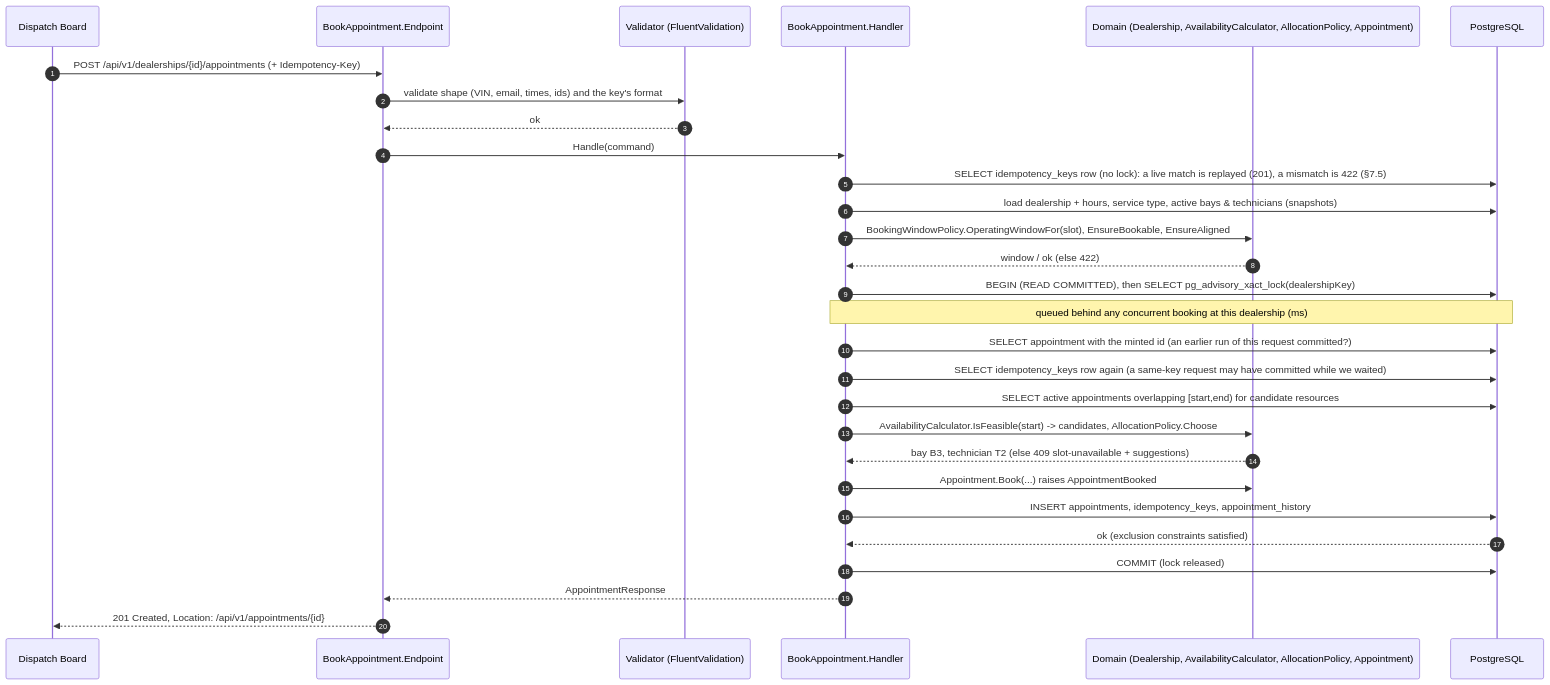
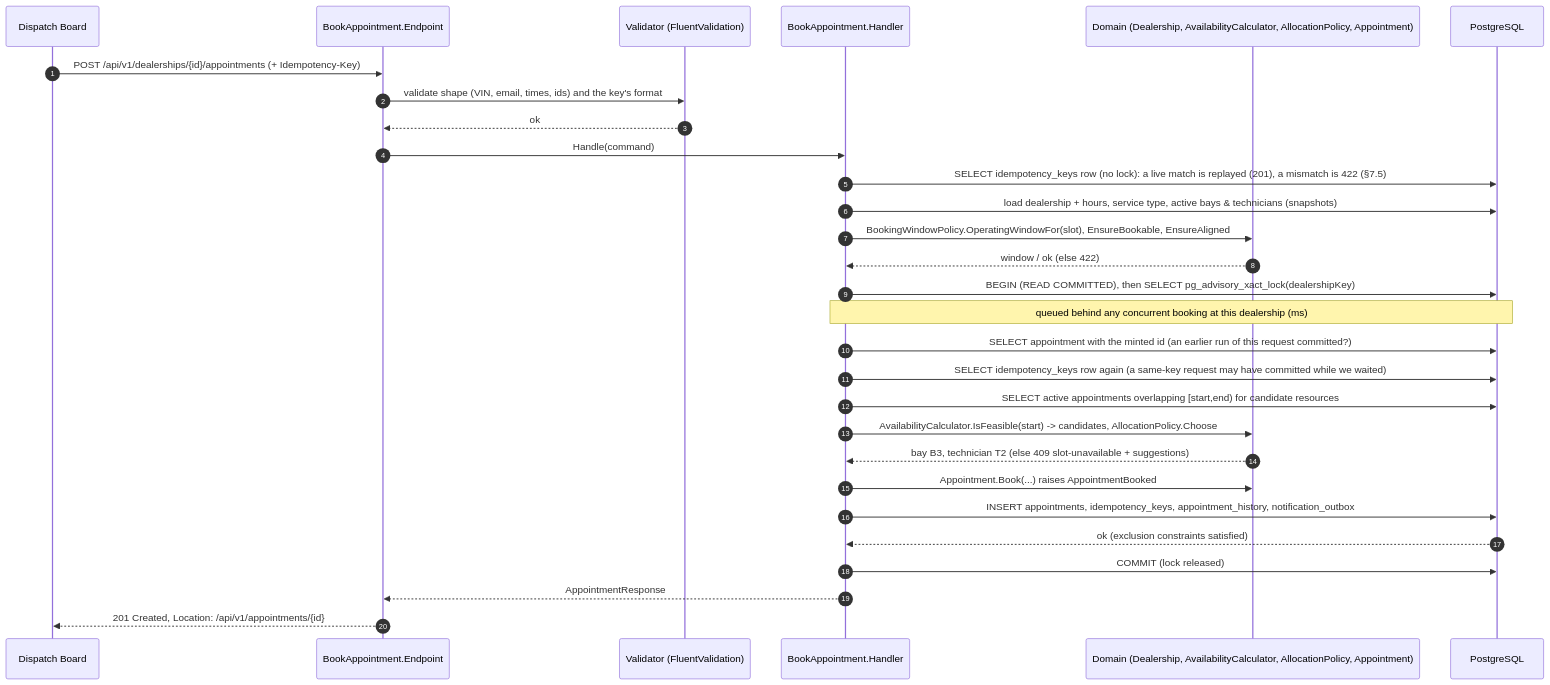
The sixth of 13 diagrams in docs/SYSTEM_DESIGN.md (kylesmile1103/keyloop-service-scheduler), drawn with Mermaid before and after one commit. The commit also changed other lines of this file and 36 other files, not shown here.

````diff
--- a/docs/SYSTEM_DESIGN.md
+++ b/docs/SYSTEM_DESIGN.md
@@ -678,32 +679,32 @@
 ```mermaid
 sequenceDiagram
     autonumber
     participant UI as Dispatch Board
     participant EP as BookAppointment.Endpoint
     participant V as Validator (FluentValidation)
     participant H as BookAppointment.Handler
     participant D as Domain (Dealership, AvailabilityCalculator, AllocationPolicy, Appointment)
     participant DB as PostgreSQL
 
     UI->>EP: POST /api/v1/dealerships/{id}/appointments (+ Idempotency-Key)
     EP->>V: validate shape (VIN, email, times, ids) and the key's format
     V-->>EP: ok
     EP->>H: Handle(command)
     H->>DB: SELECT idempotency_keys row (no lock): a live match is replayed (201), a mismatch is 422 (§7.5)
     H->>DB: load dealership + hours, service type, active bays & technicians (snapshots)
     H->>D: BookingWindowPolicy.OperatingWindowFor(slot), EnsureBookable, EnsureAligned
     D-->>H: window / ok (else 422)
     H->>DB: BEGIN (READ COMMITTED), then SELECT pg_advisory_xact_lock(dealershipKey)
     Note over H,DB: queued behind any concurrent booking at this dealership (ms)
     H->>DB: SELECT appointment with the minted id (an earlier run of this request committed?)
     H->>DB: SELECT idempotency_keys row again (a same-key request may have committed while we waited)
     H->>DB: SELECT active appointments overlapping [start,end) for candidate resources
     H->>D: AvailabilityCalculator.IsFeasible(start) -> candidates, AllocationPolicy.Choose
     D-->>H: bay B3, technician T2 (else 409 slot-unavailable + suggestions)
     H->>D: Appointment.Book(...) raises AppointmentBooked
-    H->>DB: INSERT appointments, idempotency_keys, appointment_history
+    H->>DB: INSERT appointments, idempotency_keys, appointment_history, notification_outbox
     DB-->>H: ok (exclusion constraints satisfied)
     H->>DB: COMMIT (lock released)
     H-->>EP: AppointmentResponse
     EP-->>UI: 201 Created, Location: /api/v1/appointments/{id}
 ```
````
